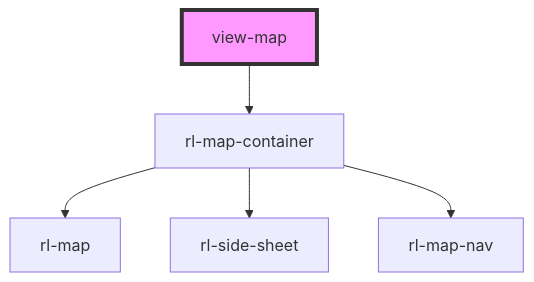
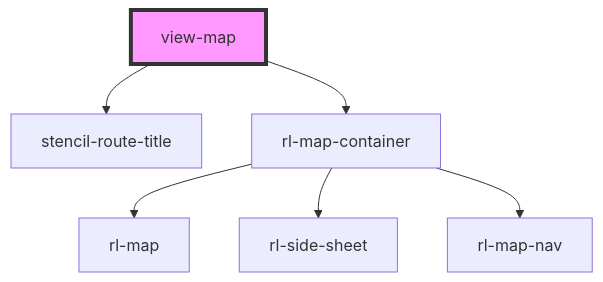
Before and after one commit to torontomulibrary/building-info-system: the diagram in src/views/view-map/readme.md, drawn with Mermaid. The commit also changed other lines of this file and 11 other files, not shown here.

````diff
--- a/src/views/view-map/readme.md
+++ b/src/views/view-map/readme.md
@@ -55,8 +56,9 @@
 ```mermaid
 graph TD;
+  view-map --> stencil-route-title
   view-map --> rl-map-container
   rl-map-container --> rl-map
   rl-map-container --> rl-side-sheet
   rl-map-container --> rl-map-nav
   style view-map fill:#f9f,stroke:#333,stroke-width:4px
 ```
````
